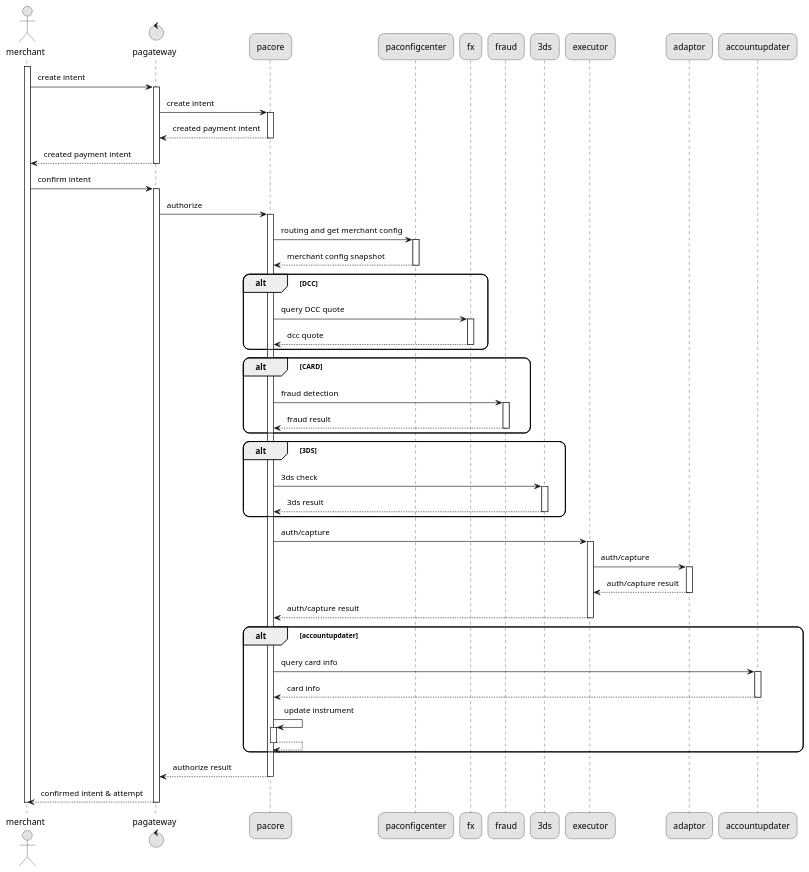
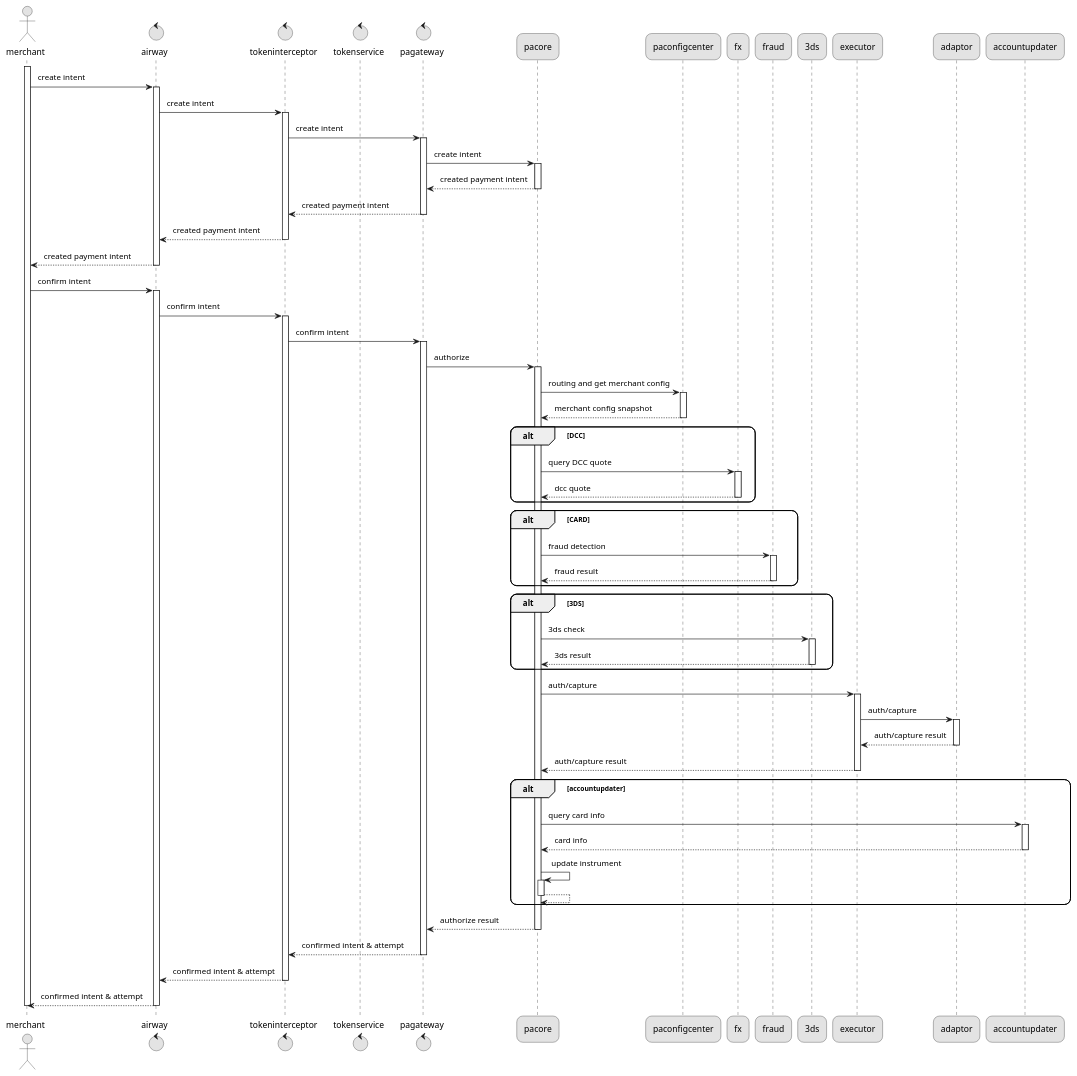
Before and after one commit to fatshaw/contextmapper: the diagram in src/main/cml/payments-ddd/sequence-realtime.puml, drawn with PlantUML. The commit also changed 4 other files, not shown here.

```diff
--- a/src/main/cml/payments-ddd/sequence-realtime.puml
+++ b/src/main/cml/payments-ddd/sequence-realtime.puml
@@ -1,66 +1,76 @@
 @startuml
 
 skinparam padding 5
 skinparam roundcorner 20
 
 skinparam monochrome true
 
 autoactivate on
 
 actor "merchant" as User
+control "airway" as airway
+control "tokeninterceptor" as tokeninterceptor
+control "tokenservice" as tokenservice
 control "pagateway" as pagateway
 participant "pacore" as pacore
 participant "paconfigcenter" as paconfigcenter
 participant "fx" as FxService
 participant "fraud" as FraudService
 participant "3ds" as 3DSService
 participant "executor" as executor
 participant "adaptor" as adaptor
 participant "accountupdater" as accountupdater
 
 activate User
-User -> pagateway: create intent
+User -> airway: create intent
+airway -> tokeninterceptor: create intent
+tokeninterceptor -> pagateway: create intent
 pagateway -> pacore: create intent
 return created payment intent
 return created payment intent
+return created payment intent
+return created payment intent
 
-User -> pagateway: confirm intent
-
+User -> airway: confirm intent
+airway -> tokeninterceptor: confirm intent
+tokeninterceptor -> pagateway: confirm intent
 pagateway -> pacore: authorize 
 
 pacore -> paconfigcenter: routing and get merchant config
 return merchant config snapshot
 
 alt DCC
 pacore -> FxService: query DCC quote  
 return dcc quote
 end 
 
 alt CARD
 pacore -> FraudService: fraud detection
 return fraud result
 end 
 
 alt 3DS
 pacore -> 3DSService: 3ds check
 return 3ds result
 end 
 
 pacore -> executor: auth/capture
 executor -> adaptor: auth/capture
 return auth/capture result
 return auth/capture result
 
 alt accountupdater
 pacore -> accountupdater: query card info
 return card info
 pacore -> pacore: update instrument
 return
 end accountupdater
 
 return authorize result
 return confirmed intent & attempt 
+return confirmed intent & attempt 
+return confirmed intent & attempt 
 
 deactivate User 
 
 @enduml
```
